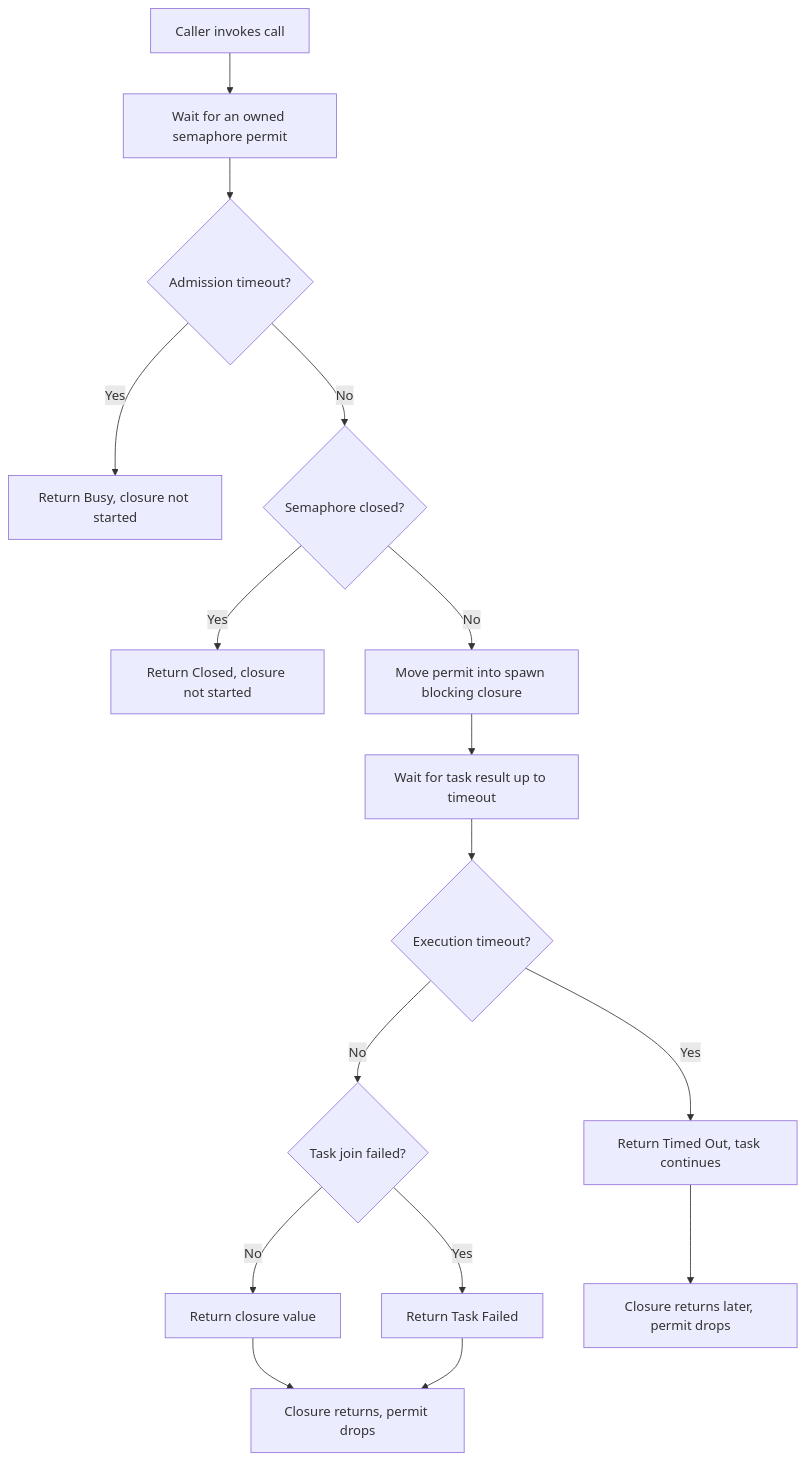
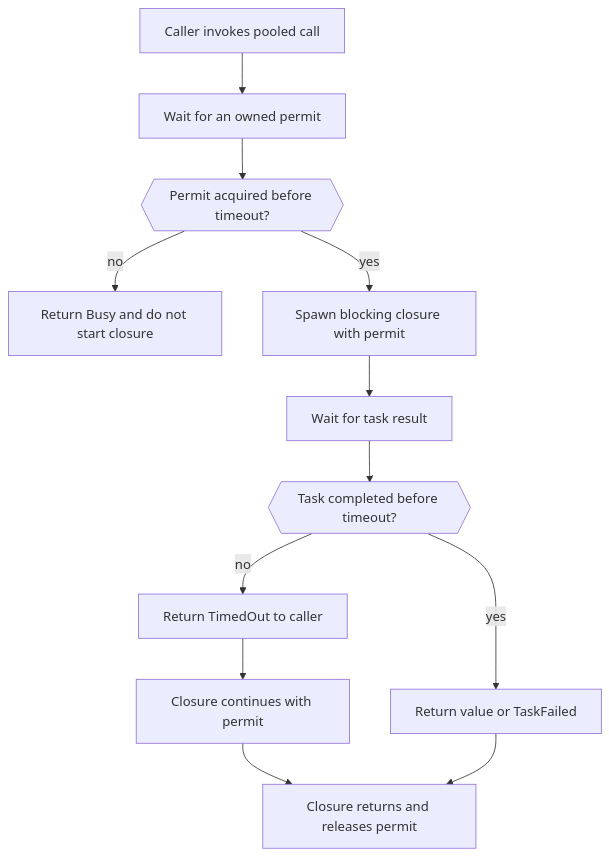
The third of 3 diagrams in docs/reference/architecture/openframe-client-core/utils-timed-permit-pool/utils-timed-permit-pool.md (flamingo-stack/openframe-oss-tenant), drawn with Mermaid before and after one commit. The commit also changed other lines of this file and 2377 other files, not shown here.

````diff
--- a/docs/reference/architecture/openframe-client-core/utils-timed-permit-pool/utils-timed-permit-pool.md
+++ b/docs/reference/architecture/openframe-client-core/utils-timed-permit-pool/utils-timed-permit-pool.md
@@ -44,18 +86,14 @@
 ```mermaid
 flowchart TD
-    Start["Caller invokes call"] --> Acquire["Wait for an owned semaphore permit"]
-    Acquire --> AcquireTimedOut{"Admission timeout?"}
-    AcquireTimedOut -->|"Yes"| Busy["Return Busy, closure not started"]
-    AcquireTimedOut -->|"No"| AcquireClosed{"Semaphore closed?"}
-    AcquireClosed -->|"Yes"| Closed["Return Closed, closure not started"]
-    AcquireClosed -->|"No"| Spawn["Move permit into spawn blocking closure"]
-    Spawn --> Wait["Wait for task result up to timeout"]
-    Wait --> RunTimedOut{"Execution timeout?"}
-    RunTimedOut -->|"Yes"| TimedOut["Return Timed Out, task continues"]
-    RunTimedOut -->|"No"| TaskFailed{"Task join failed?"}
-    TaskFailed -->|"Yes"| Failed["Return Task Failed"]
-    TaskFailed -->|"No"| Success["Return closure value"]
-    TimedOut --> ReleaseLater["Closure returns later, permit drops"]
-    Success --> ReleaseNow["Closure returns, permit drops"]
-    Failed --> ReleaseNow
+    Start["Caller invokes pooled call"] --> Acquire["Wait for an owned permit"]
+    Acquire --> AcquireDecision{{"Permit acquired before timeout?"}}
+    AcquireDecision -->|"no"| Busy["Return Busy and do not start closure"]
+    AcquireDecision -->|"yes"| Spawn["Spawn blocking closure with permit"]
+    Spawn --> Await["Wait for task result"]
+    Await --> CompleteDecision{{"Task completed before timeout?"}}
+    CompleteDecision -->|"yes"| ReturnValue["Return value or TaskFailed"]
+    CompleteDecision -->|"no"| ReturnTimeout["Return TimedOut to caller"]
+    ReturnTimeout --> Continue["Closure continues with permit"]
+    Continue --> Release["Closure returns and releases permit"]
+    ReturnValue --> Release
 ```
````
